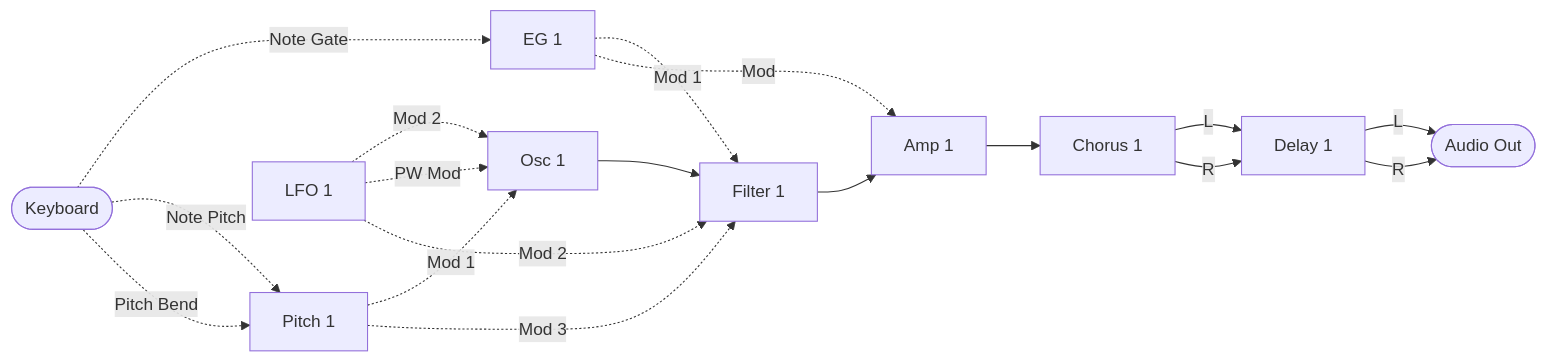
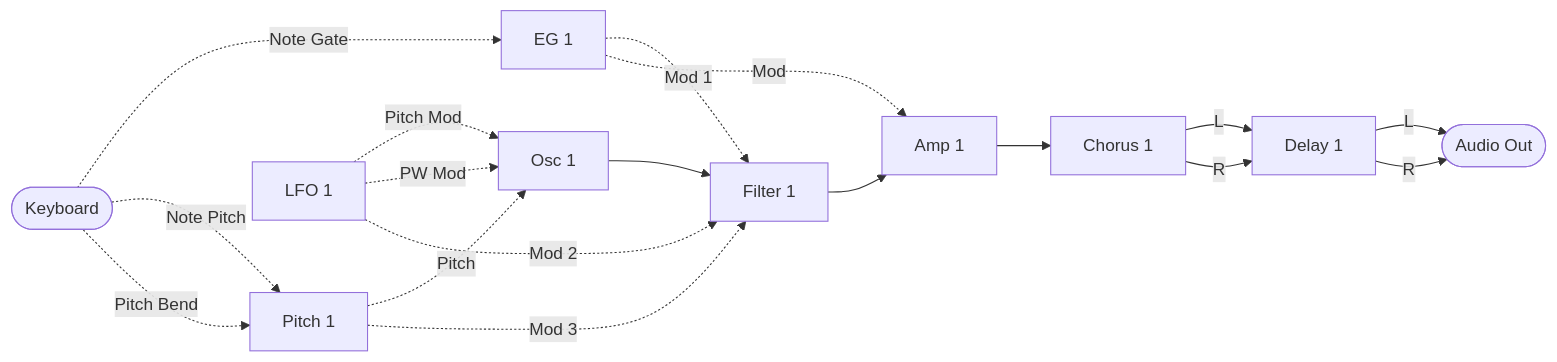
Before and after one commit to risgk/midi_synthesizer_spms1: the first of 6 diagrams in spms1_type2/README.ja.md, drawn with Mermaid. The commit also changed other lines of this file and 7 other files, not shown here.

First line of the commit message:
type-2: Call Osc 1's Mod 1 In Pitch In and Mod 2 Pitch Mod; drop Mod 1 Amt and Pol

````diff
--- a/spms1_type2/README.ja.md
+++ b/spms1_type2/README.ja.md
@@ -143,32 +143,32 @@
 ```mermaid
 flowchart LR
   KBD([Keyboard])
   PITCH[Pitch 1]
   LFO[LFO 1]
   EG[EG 1]
   OSC[Osc 1]
   FILTER[Filter 1]
   AMP[Amp 1]
   CHORUS[Chorus 1]
   DELAY[Delay 1]
   OUT([Audio Out])
 
   OSC --> FILTER
   FILTER --> AMP
   AMP --> CHORUS
   CHORUS -->|L| DELAY
   CHORUS -->|R| DELAY
   DELAY -->|L| OUT
   DELAY -->|R| OUT
 
   KBD -. Note Gate .-> EG
   KBD -. Note Pitch .-> PITCH
   KBD -. Pitch Bend .-> PITCH
-  PITCH -. Mod 1 .-> OSC
-  LFO -. Mod 2 .-> OSC
+  PITCH -. Pitch .-> OSC
+  LFO -. Pitch Mod .-> OSC
   LFO -. PW Mod .-> OSC
   EG -. Mod 1 .-> FILTER
   LFO -. Mod 2 .-> FILTER
   PITCH -. Mod 3 .-> FILTER
   EG -. Mod .-> AMP
 ```
````
